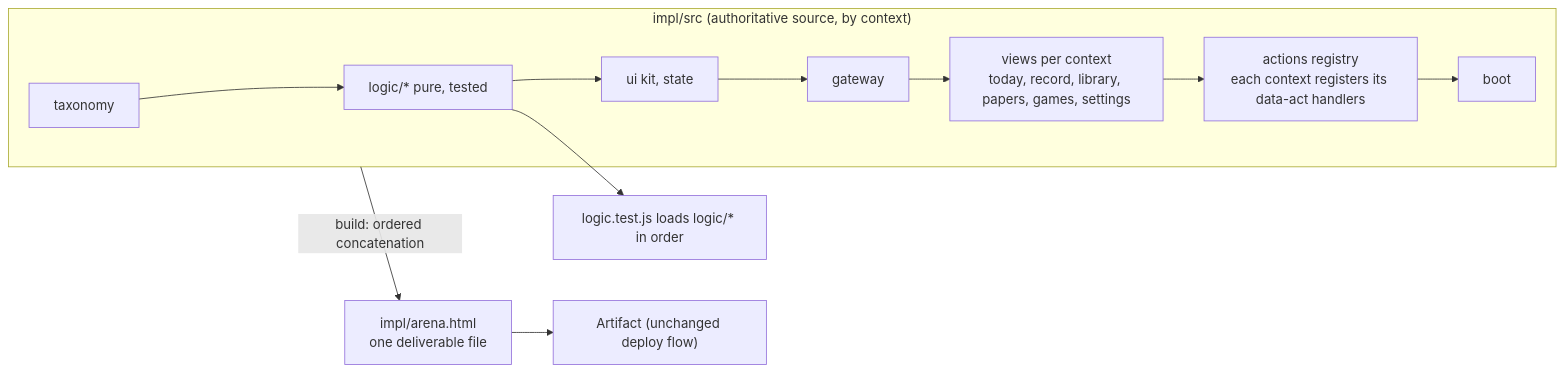
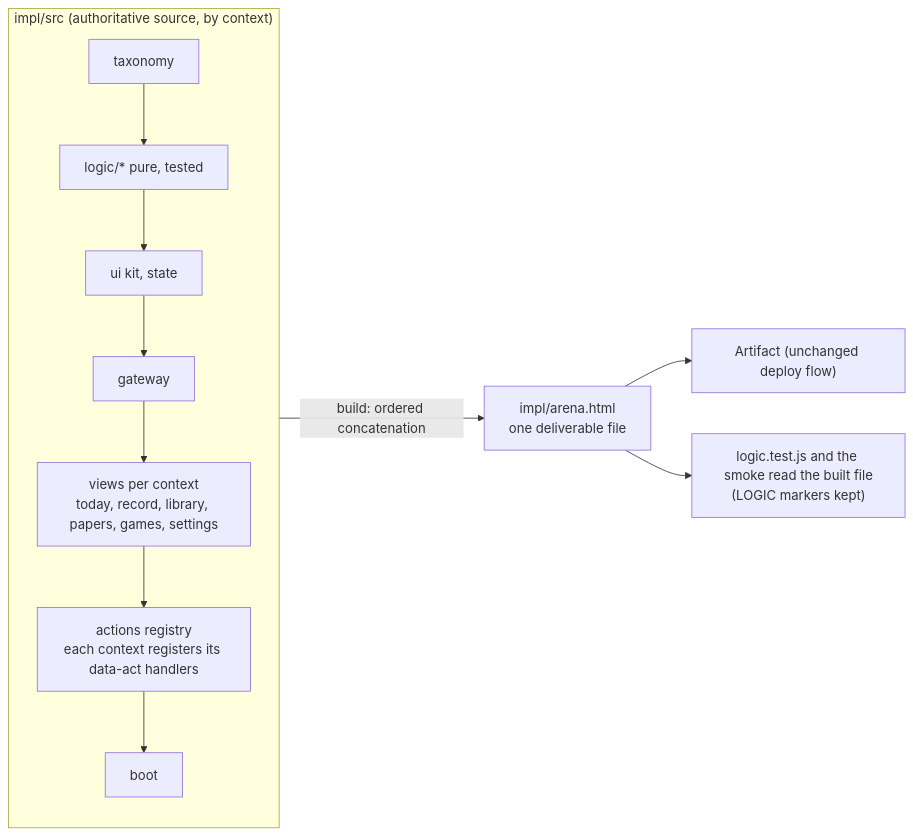
One commit to lengthlong/exercise_arena changed the diagram in record/discuss/0041-split-page-source-and-load-path.md. Above: the diagram before and after it, drawn with Mermaid. The commit also changed other lines of this file, not shown here.

Commit message:
discuss 0041: align target-model diagram with Q4

````diff
--- a/record/discuss/0041-split-page-source-and-load-path.md
+++ b/record/discuss/0041-split-page-source-and-load-path.md
@@ -83,16 +83,16 @@
 ```mermaid
 flowchart LR
     subgraph Src["impl/src (authoritative source, by context)"]
         T["taxonomy"]
         L["logic/* pure, tested"]
         K["ui kit, state"]
         G["gateway"]
         V["views per context<br/>today, record, library, papers, games, settings"]
         A["actions registry<br/>each context registers its data-act handlers"]
         B["boot"]
     end
     T --> L --> K --> G --> V --> A --> B
     Src -->|"build: ordered concatenation"| H["impl/arena.html<br/>one deliverable file"]
     H --> Art["Artifact (unchanged deploy flow)"]
-    L --> Test["logic.test.js loads logic/* in order"]
+    H --> Test["logic.test.js and the smoke read the built file<br/>(LOGIC markers kept)"]
 ```
````
